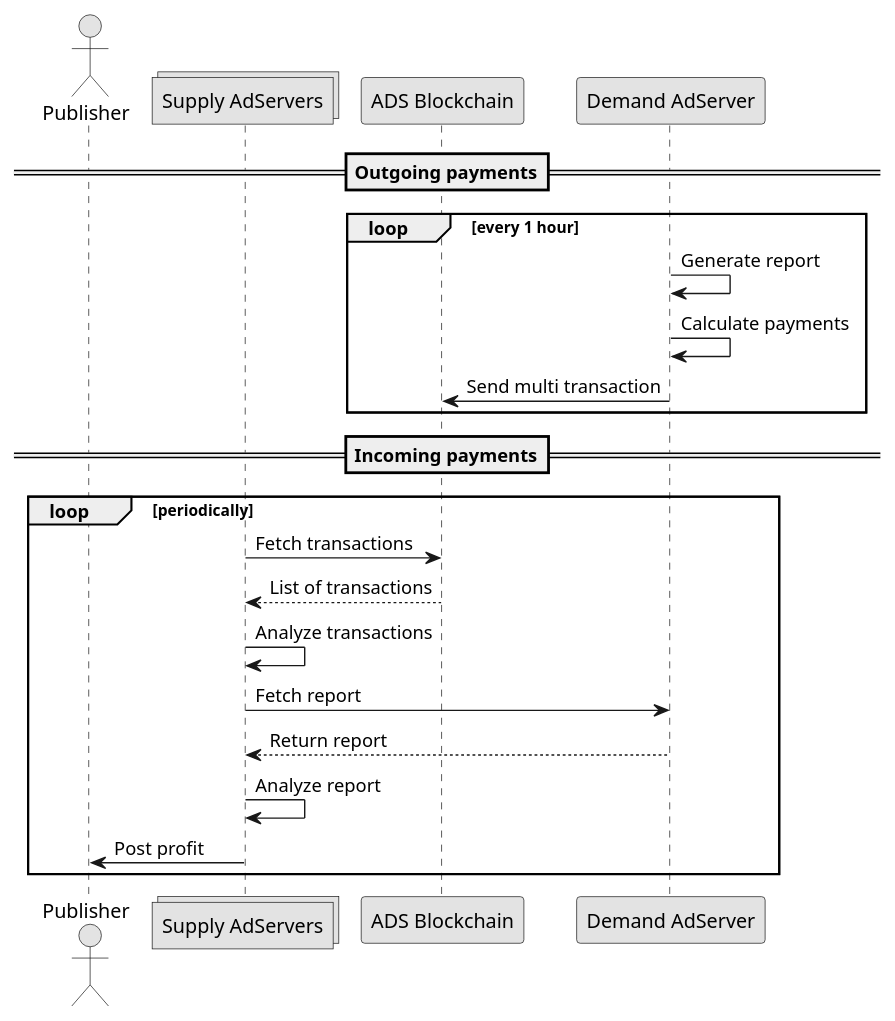
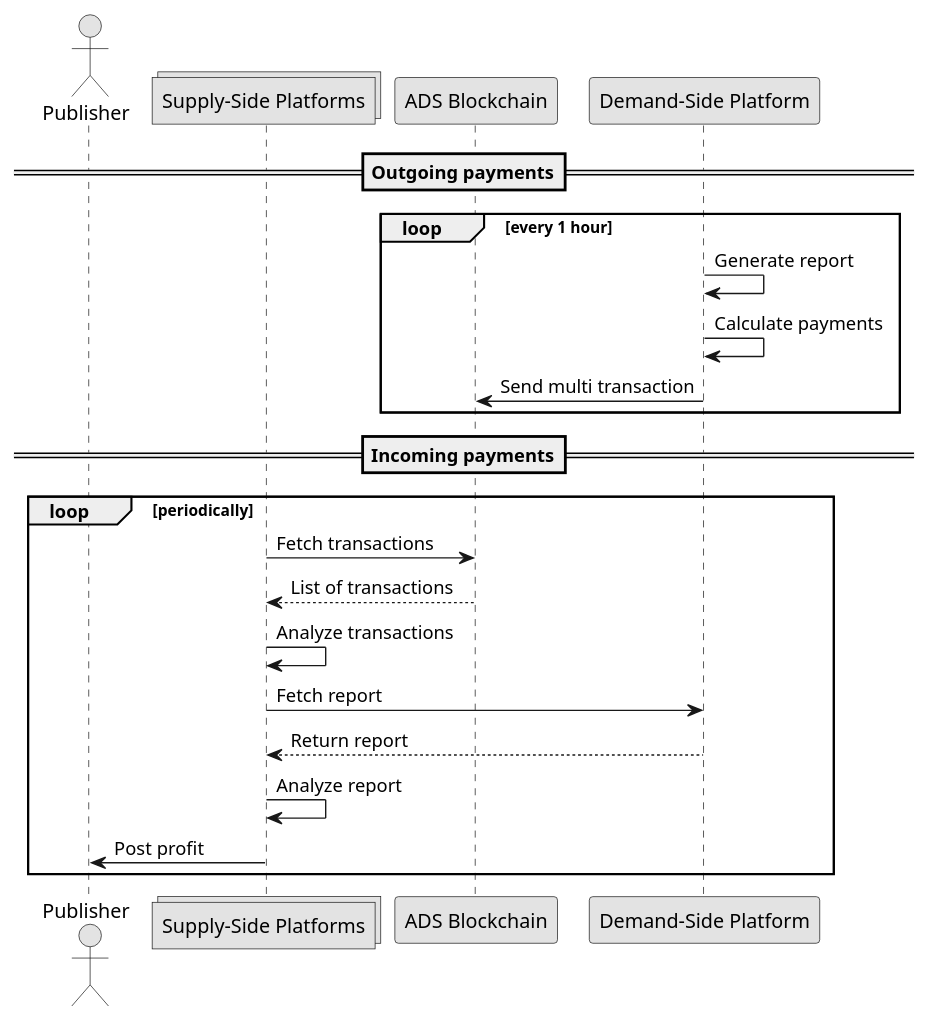
One commit to adshares/adshares-docs changed the second of 2 diagrams in protocol/payments/index.rst. Above: the diagram before and after it, drawn with PlantUML. The commit also changed 3 other files, not shown here.

Commit message:
UML diagrams

```diff
--- a/protocol/payments/index.rst
+++ b/protocol/payments/index.rst
@@ -77,30 +77,30 @@
 .. uml::
     :align: center
 
     skinparam monochrome true
 
-    actor       "Publisher"         as publisher
-    collections "Supply AdServers"  as supplyServer
-    participant "ADS Blockchain"    as blockchain
-    participant "Demand AdServer"   as demandServer
+    actor       "Publisher"             as publisher
+    collections "Supply-Side Platforms" as SSP
+    participant "ADS Blockchain"        as blockchain
+    participant "Demand-Side Platform"  as DSP
 
     ==Outgoing payments==
 
     loop every 1 hour
-        demandServer -> demandServer: Generate report
-        demandServer -> demandServer: Calculate payments
-        demandServer -> blockchain: Send multi transaction
+        DSP -> DSP: Generate report
+        DSP -> DSP: Calculate payments
+        DSP -> blockchain: Send multi transaction
     end
 
     ==Incoming payments==
 
     loop periodically
-        supplyServer -> blockchain: Fetch transactions
-        blockchain --> supplyServer: List of transactions
-        supplyServer -> supplyServer: Analyze transactions
+        SSP -> blockchain: Fetch transactions
+        blockchain --> SSP: List of transactions
+        SSP -> SSP: Analyze transactions
 
-        supplyServer -> demandServer: Fetch report
-        demandServer --> supplyServer: Return report
-        supplyServer -> supplyServer: Analyze report
-        supplyServer -> publisher: Post profit
+        SSP -> DSP: Fetch report
+        DSP --> SSP: Return report
+        SSP -> SSP: Analyze report
+        SSP -> publisher: Post profit
     end
```
